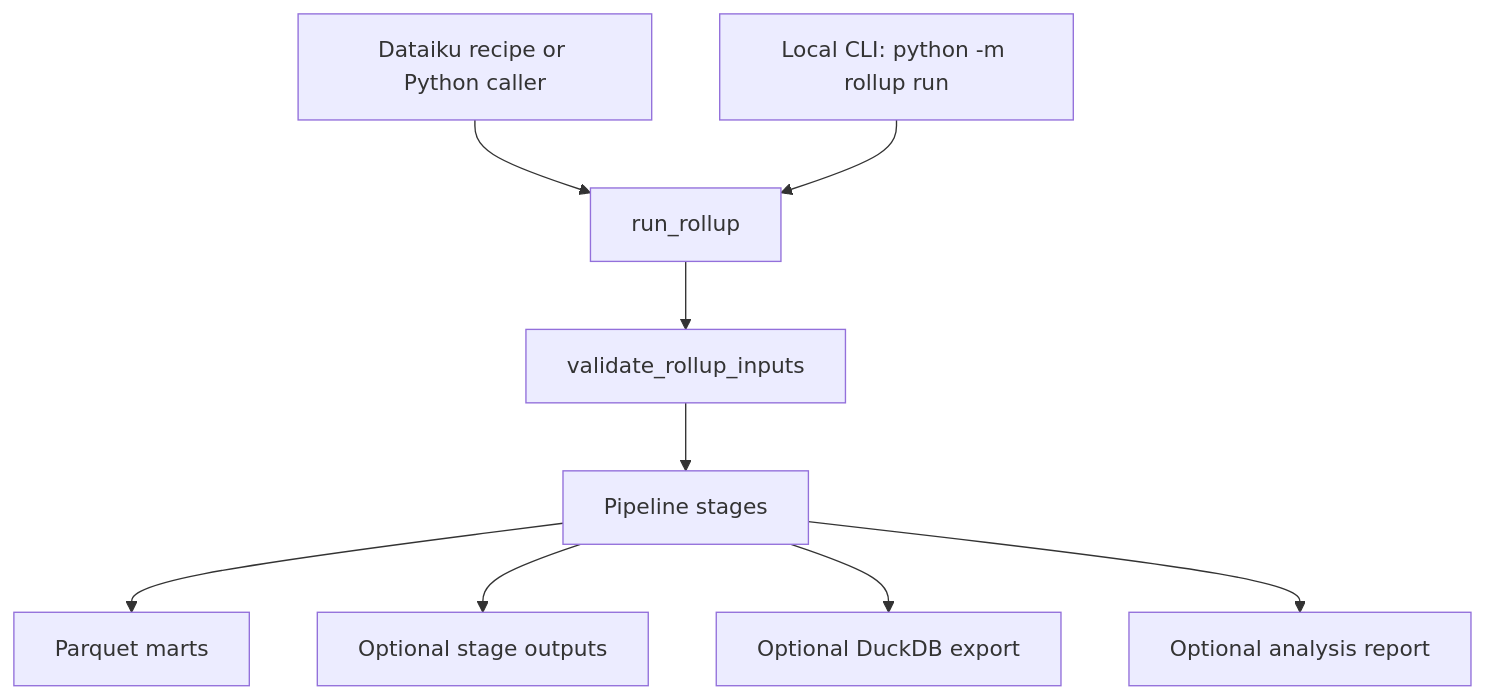
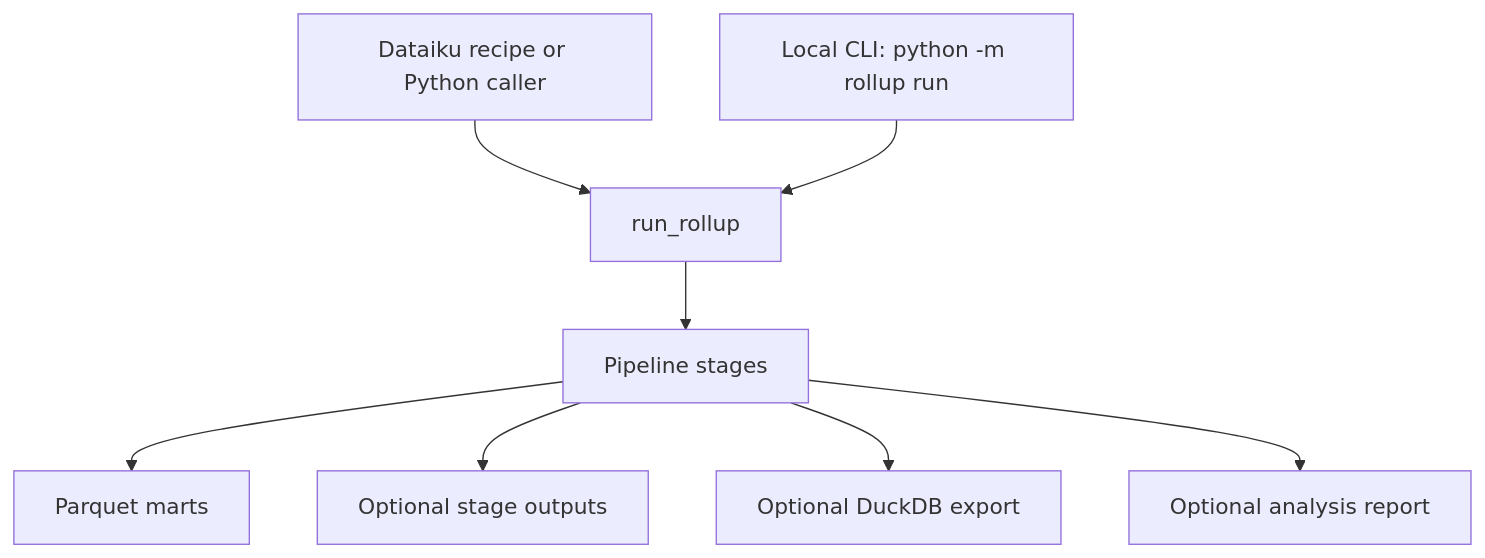
The diagram in docs/runtime.md (richardrh/rollup-dbt), drawn with Mermaid before and after one commit. The commit also changed other lines of this file and 7 other files, not shown here.

````diff
--- a/docs/runtime.md
+++ b/docs/runtime.md
@@ -9,11 +9,10 @@
 ```mermaid
 flowchart TD
   A[Dataiku recipe or Python caller] --> B[run_rollup]
   C[Local CLI: python -m rollup run] --> B
-  B --> D[validate_rollup_inputs]
-  D --> E[Pipeline stages]
+  B --> E[Pipeline stages]
   E --> F[Parquet marts]
   E --> G[Optional stage outputs]
   E --> H[Optional DuckDB export]
   E --> I[Optional analysis report]
 ```
````
